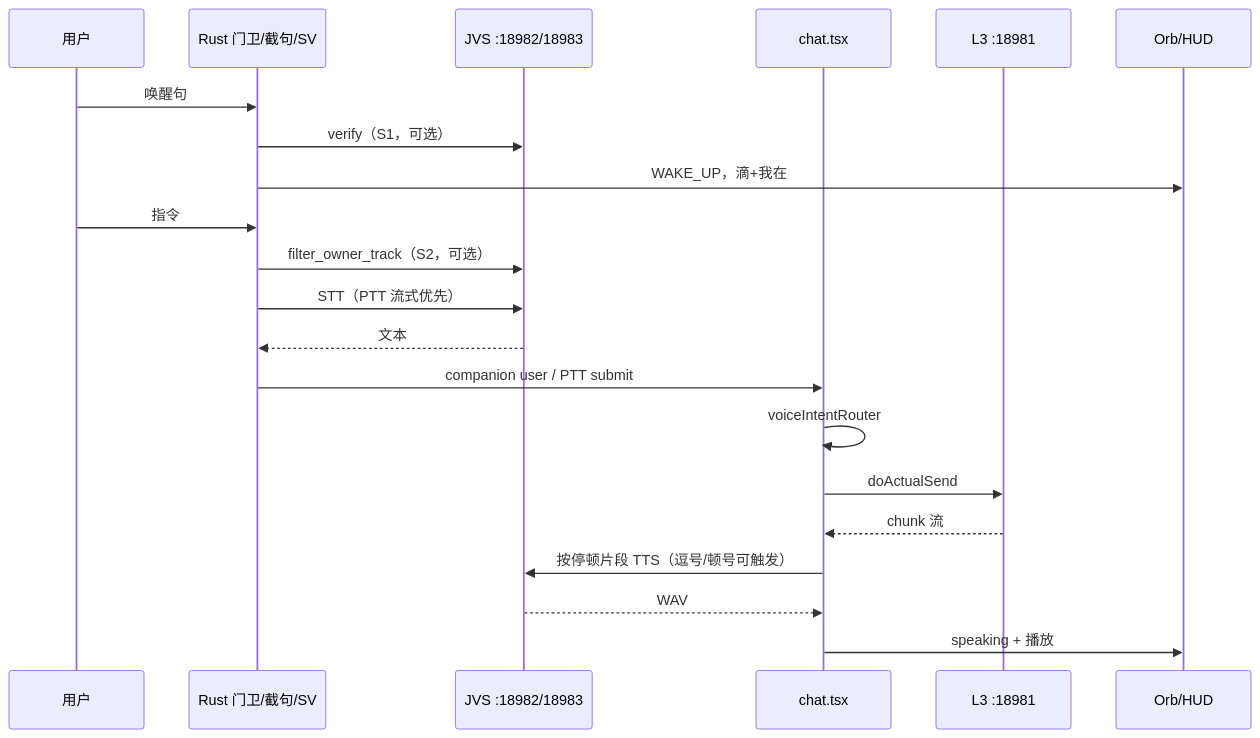
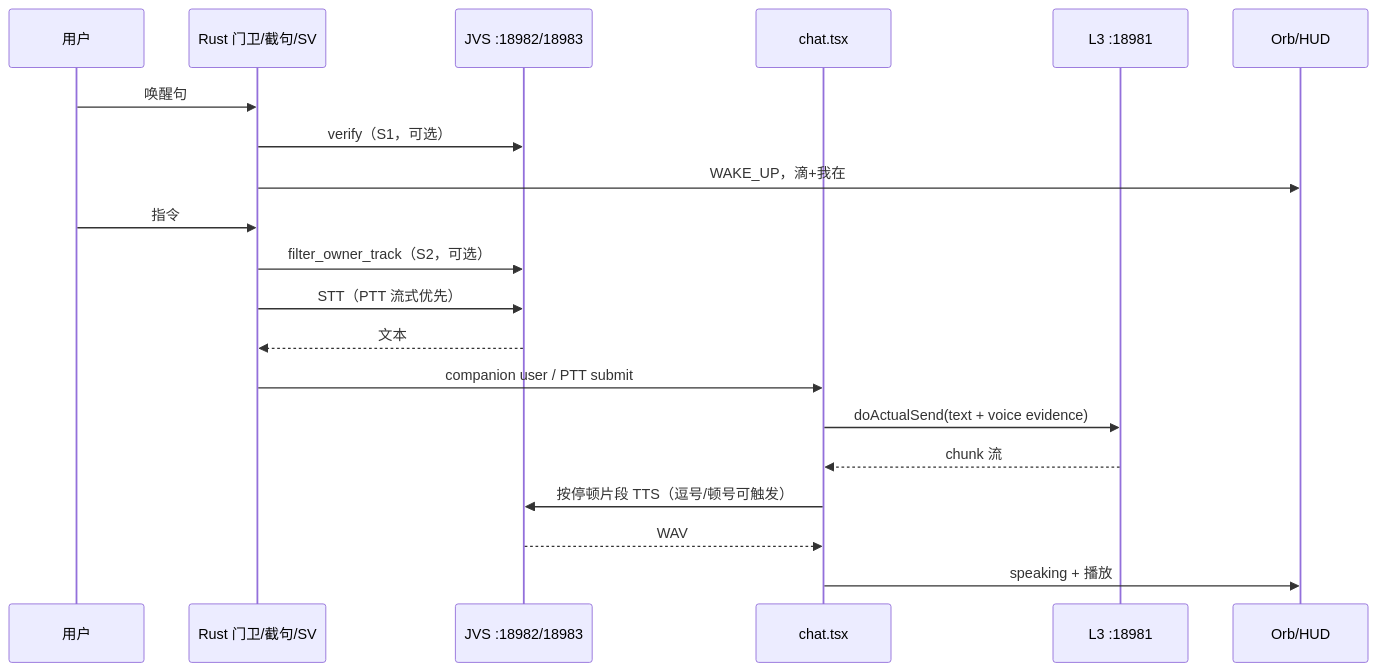
One commit to Samuel521199/jachin-system changed the diagram in clients/desktop/docs/VOICE_MODULE_HUMAN_GUIDE.md. Above: the diagram before and after it, drawn with Mermaid. The commit also changed other lines of this file and 143 other files, not shown here.

````diff
--- a/clients/desktop/docs/VOICE_MODULE_HUMAN_GUIDE.md
+++ b/clients/desktop/docs/VOICE_MODULE_HUMAN_GUIDE.md
@@ -225,24 +223,23 @@
 ```mermaid
 sequenceDiagram
   participant U as 用户
   participant R as Rust 门卫/截句/SV
   participant J as JVS :18982/18983
   participant C as chat.tsx
   participant L as L3 :18981
   participant O as Orb/HUD
 
   U->>R: 唤醒句
   R->>J: verify（S1，可选）
   R->>O: WAKE_UP，滴+我在
   U->>R: 指令
   R->>J: filter_owner_track（S2，可选）
   R->>J: STT（PTT 流式优先）
   J-->>R: 文本
   R->>C: companion user / PTT submit
-  C->>C: voiceIntentRouter
-  C->>L: doActualSend
+  C->>L: doActualSend(text + voice evidence)
   L-->>C: chunk 流
   C->>J: 按停顿片段 TTS（逗号/顿号可触发）
   J-->>C: WAV
   C->>O: speaking + 播放
 ```
````
